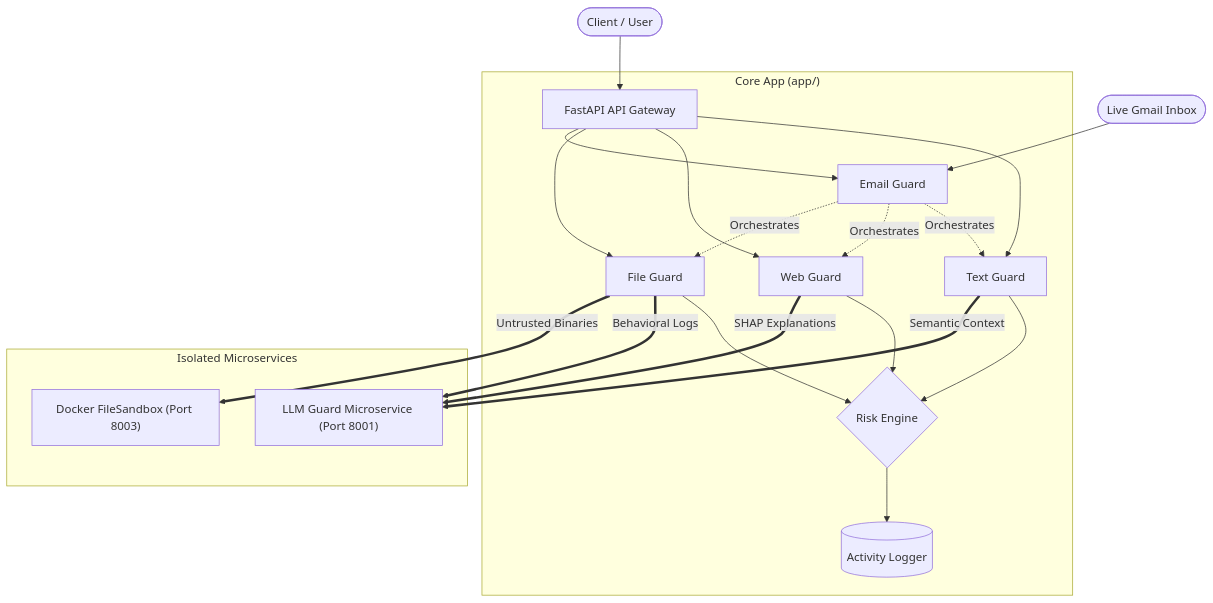
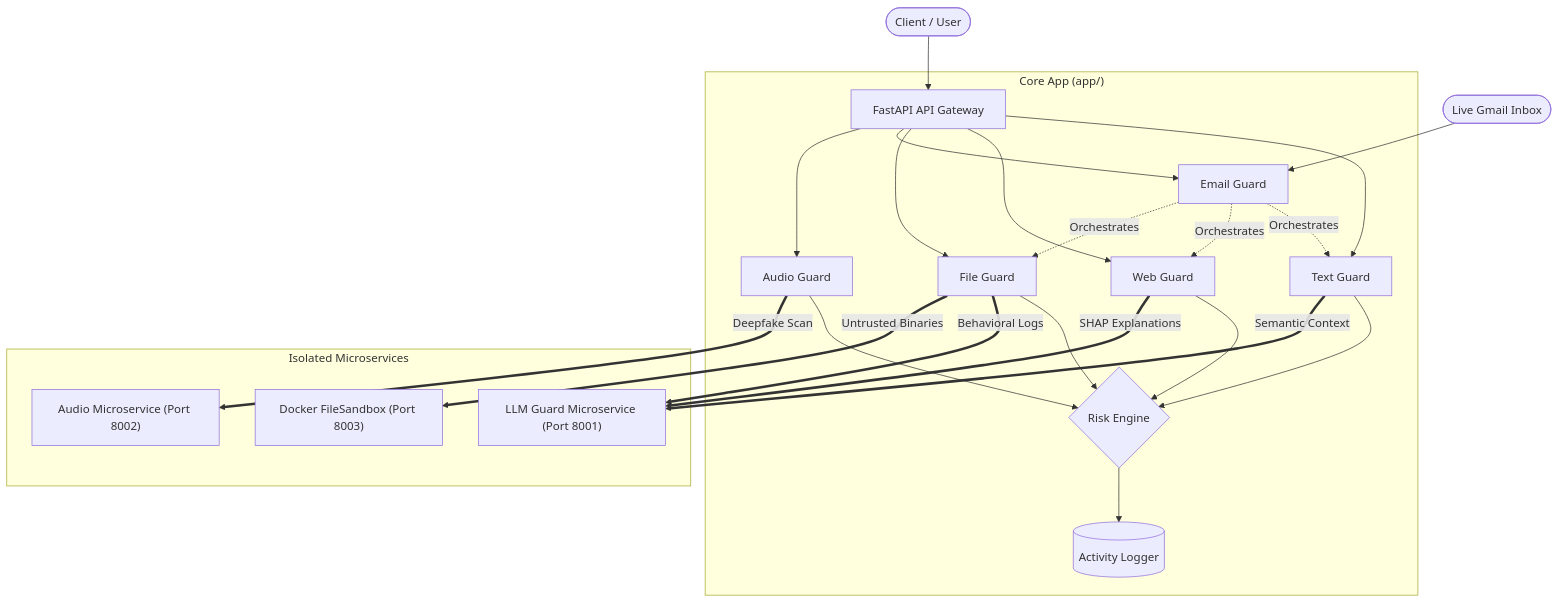
The diagram in README.md (SandeepRathore0/GenAI_Guard_Barclays_HackOHire), drawn with Mermaid before and after one commit. The commit also changed other lines of this file, not shown here.

````diff
--- a/README.md
+++ b/README.md
@@ -23,28 +23,31 @@
 ```mermaid
 graph TD
     User([Client / User]) --> API[FastAPI API Gateway]
     Gmail([Live Gmail Inbox]) --> EmailGuard
     
     subgraph "Core App (app/)"
         API --> TextGuard[Text Guard]
         API --> WebGuard[Web Guard]
         API --> FileGuard[File Guard]
         API --> EmailGuard[Email Guard]
+        API --> AudioGuard[Audio Guard]
         
         TextGuard --> RiskEngine{Risk Engine}
         WebGuard --> RiskEngine
         FileGuard --> RiskEngine
+        AudioGuard --> RiskEngine
         EmailGuard -. Orchestrates .-> TextGuard
         EmailGuard -. Orchestrates .-> WebGuard
         EmailGuard -. Orchestrates .-> FileGuard
         RiskEngine --> Logger[(Activity Logger)]
     end
     
     subgraph "Isolated Microservices"
         TextGuard == "Semantic Context" ==> LLM["LLM Guard Microservice (Port 8001)"]
         FileGuard == "Behavioral Logs" ==> LLM
         WebGuard == "SHAP Explanations" ==> LLM
         
         FileGuard == "Untrusted Binaries" ==> Sandbox["Docker FileSandbox (Port 8003)"]
+        AudioGuard == "Deepfake Scan" ==> AudioMicro["Audio Microservice (Port 8002)"]
     end
 ```
````
